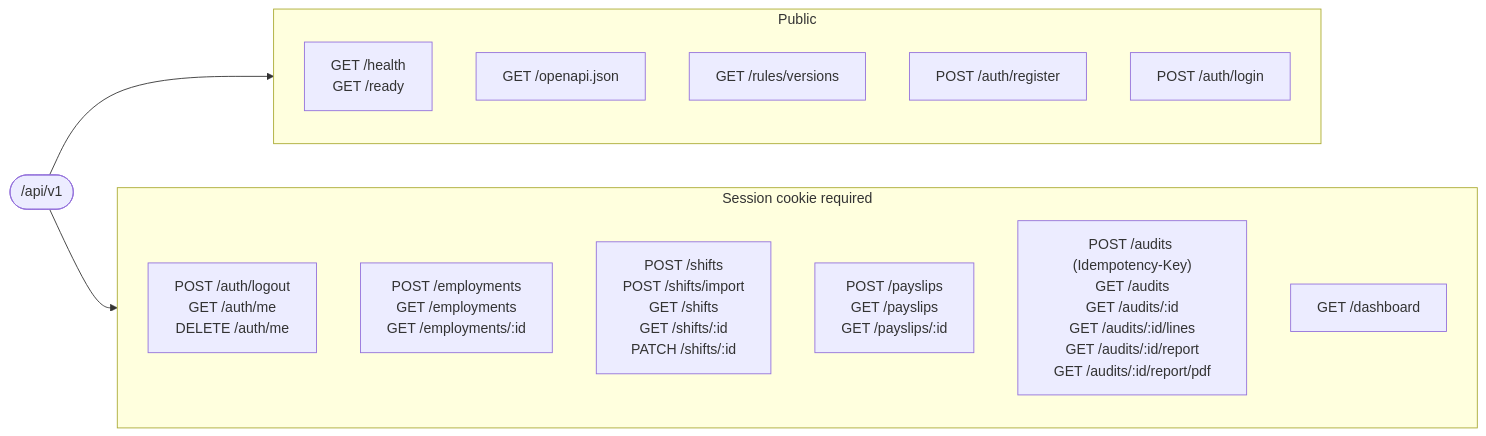
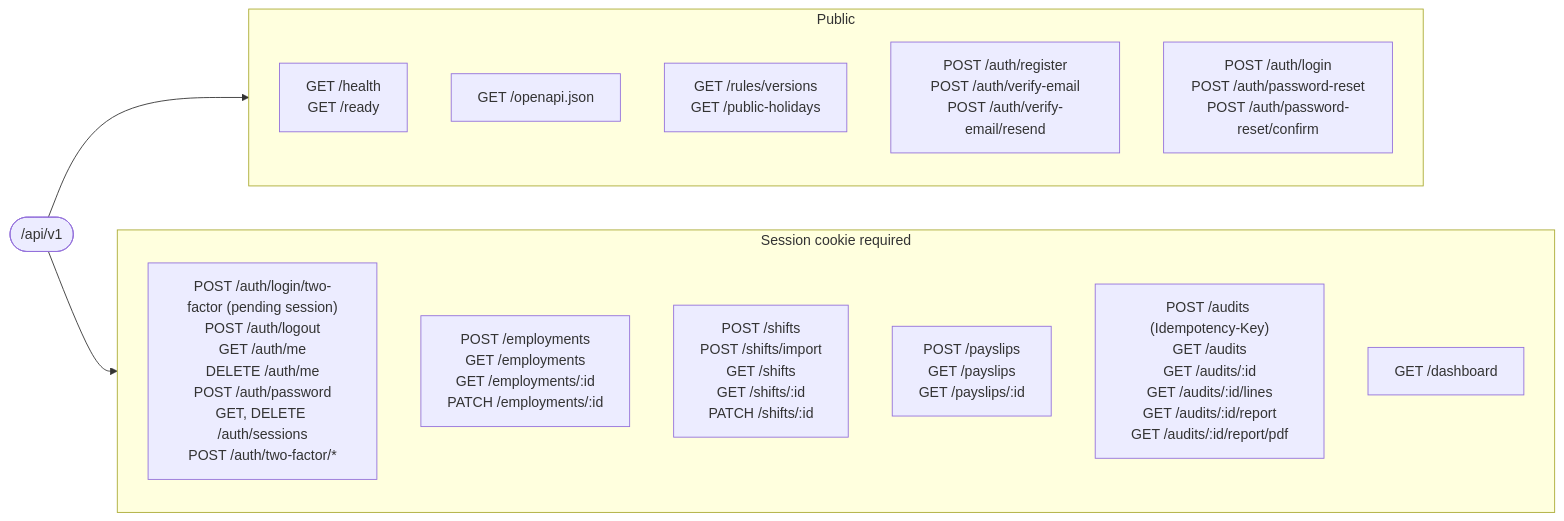
Before and after one commit to ijfabi/wageguard: the first of 2 diagrams in docs/api.md, drawn with Mermaid. The commit also changed other lines of this file and 65 other files, not shown here.

````diff
--- a/docs/api.md
+++ b/docs/api.md
@@ -41,25 +50,25 @@
 ```mermaid
 flowchart LR
   root(["/api/v1"])
 
   subgraph public ["Public"]
     health["GET /health<br/>GET /ready"]
     openapi["GET /openapi.json"]
-    rules["GET /rules/versions"]
-    register["POST /auth/register"]
-    login["POST /auth/login"]
+    rules["GET /rules/versions<br/>GET /public-holidays"]
+    register["POST /auth/register<br/>POST /auth/verify-email<br/>POST /auth/verify-email/resend"]
+    login["POST /auth/login<br/>POST /auth/password-reset<br/>POST /auth/password-reset/confirm"]
   end
 
   subgraph session ["Session cookie required"]
     direction TB
-    auth["POST /auth/logout<br/>GET /auth/me<br/>DELETE /auth/me"]
-    employments["POST /employments<br/>GET /employments<br/>GET /employments/:id"]
+    auth["POST /auth/login/two-factor (pending session)<br/>POST /auth/logout<br/>GET /auth/me<br/>DELETE /auth/me<br/>POST /auth/password<br/>GET, DELETE /auth/sessions<br/>POST /auth/two-factor/*"]
+    employments["POST /employments<br/>GET /employments<br/>GET /employments/:id<br/>PATCH /employments/:id"]
     shifts["POST /shifts<br/>POST /shifts/import<br/>GET /shifts<br/>GET /shifts/:id<br/>PATCH /shifts/:id"]
     payslips["POST /payslips<br/>GET /payslips<br/>GET /payslips/:id"]
     audits["POST /audits (Idempotency-Key)<br/>GET /audits<br/>GET /audits/:id<br/>GET /audits/:id/lines<br/>GET /audits/:id/report<br/>GET /audits/:id/report/pdf"]
     dashboard["GET /dashboard"]
   end
 
   root --> public
   root --> session
 ```
````
